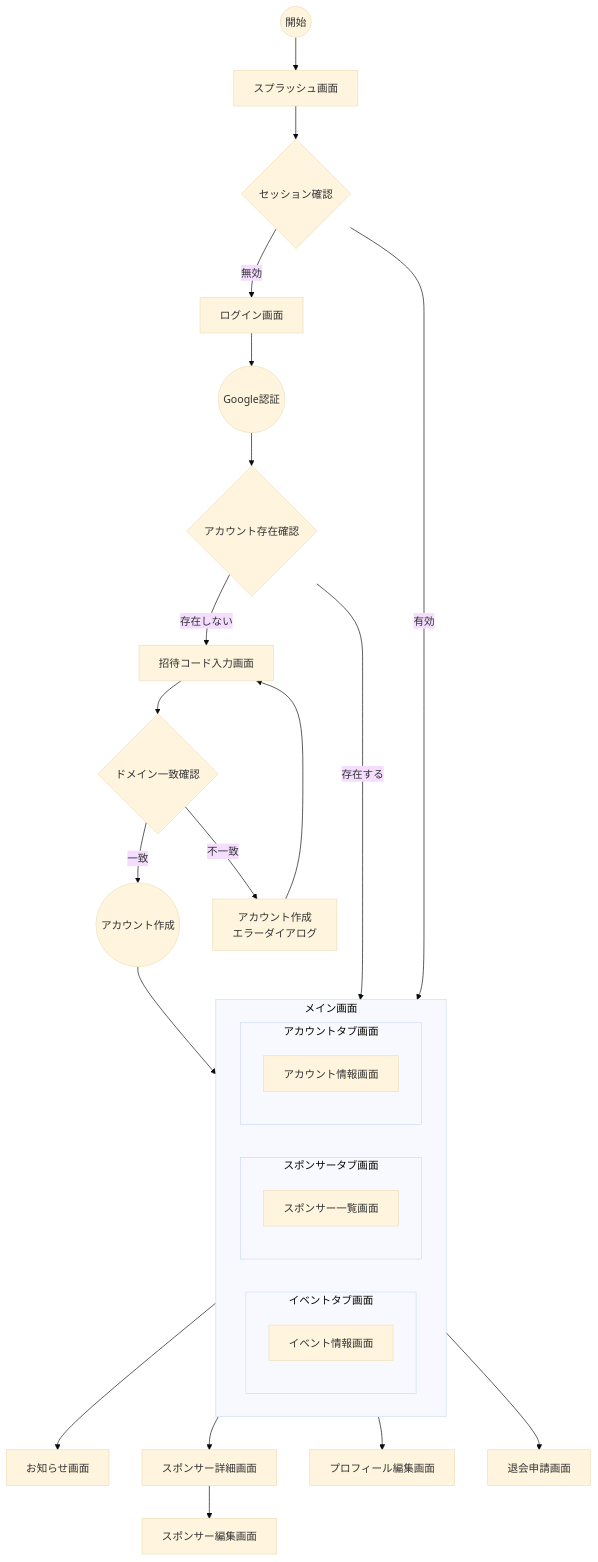
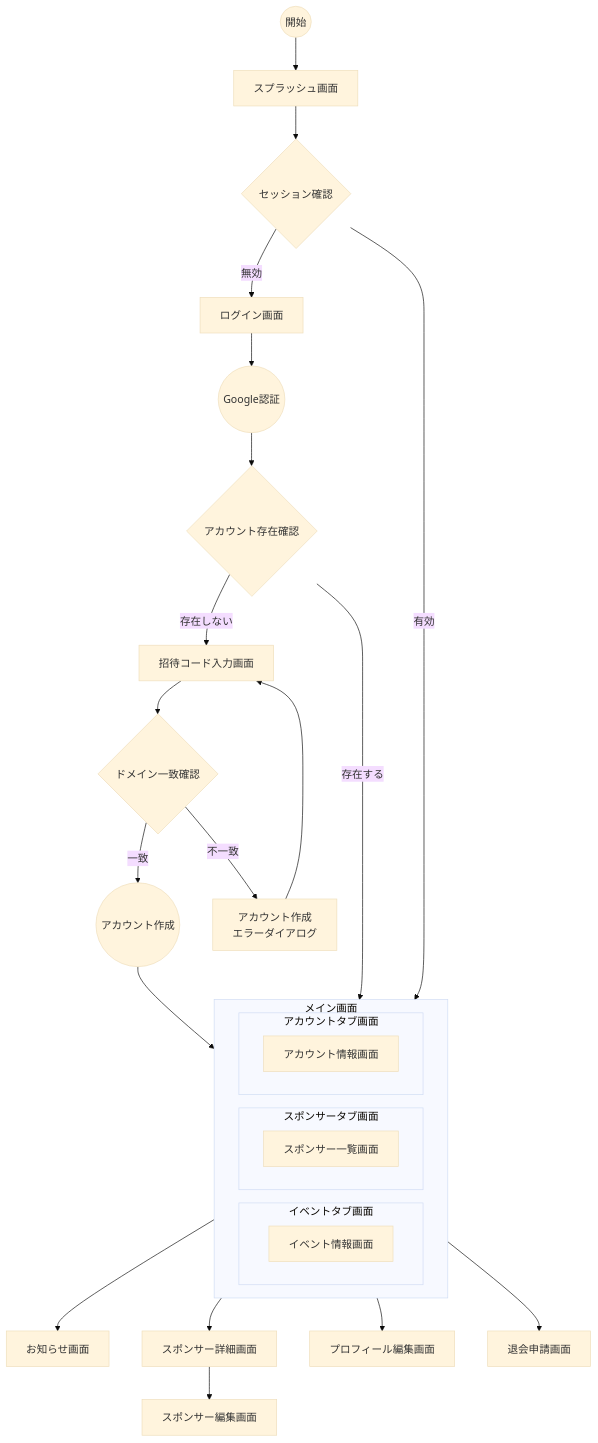
The diagram in docs/dashboard/SCREENS.md (FlutterKaigi/2025), drawn with Mermaid (base theme) before and after one commit.

Commit message:
docs: 画面遷移図のノード構成・遷移線の修正（内包構造の明確化）

````diff
--- a/docs/dashboard/SCREENS.md
+++ b/docs/dashboard/SCREENS.md
@@ -53,43 +53,42 @@
 ```mermaid
 flowchart TD
     Start((開始)) --> Splash[スプラッシュ画面]
     Splash --> SessionCheck{セッション確認}
-    SessionCheck --> |有効| EventTab[イベントタブ画面]
+    SessionCheck --> |有効| EventInfo
     SessionCheck --> |無効| Login[ログイン画面]
     
     %% 認証フロー
     Login --> GoogleAuth((Google認証))
     GoogleAuth --> AccountCheck{アカウント存在確認}
-    AccountCheck --> |存在する| EventTab[イベントタブ画面]
+    AccountCheck --> |存在する| EventInfo
     AccountCheck --> |存在しない| InvitationCode[招待コード入力画面]
     
     %% 新規登録フロー
     InvitationCode --> DomainCheck{ドメイン一致確認}
     DomainCheck --> |一致| CreateAccount((アカウント作成))
     DomainCheck --> |不一致| RegisterError[アカウント作成<br>エラーダイアログ]
     RegisterError --> InvitationCode
-    CreateAccount --> EventTab
+    CreateAccount --> EventInfo
     
     %% メイン画面のタブ構成
     subgraph Main[メイン画面]
       direction LR
       subgraph EventTab[イベントタブ画面]
         EventInfo[イベント情報画面]
       end
       subgraph SponsorTab[スポンサータブ画面]
         SponsorList[スポンサー一覧画面]
       end
       subgraph Account[アカウントタブ画面]
         AccountInfo[アカウント情報画面]
       end
     end
 
-    EventTab --> News[お知らせ画面]
+    EventInfo --> News[お知らせ画面]
     
-    SponsorTab --> SponsorDetail[スポンサー詳細画面]
-    
+    SponsorList --> SponsorDetail[スポンサー詳細画面]
     SponsorDetail --> SponsorEdit[スポンサー編集画面]
     
-    Account --> Profile[プロフィール編集画面]
-    Account --> Withdrawal[退会申請画面]
+    AccountInfo --> Profile[プロフィール編集画面]
+    AccountInfo --> Withdrawal[退会申請画面]
 ```
````
